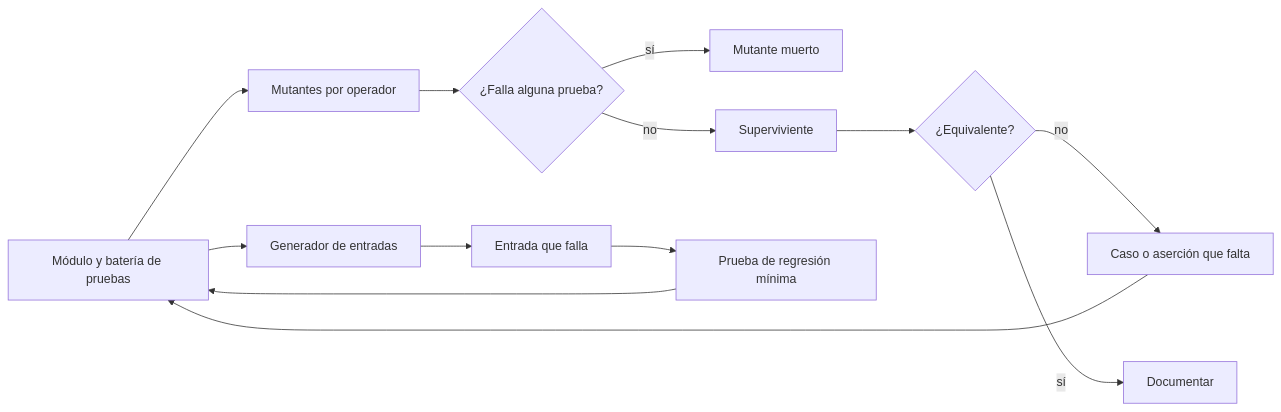
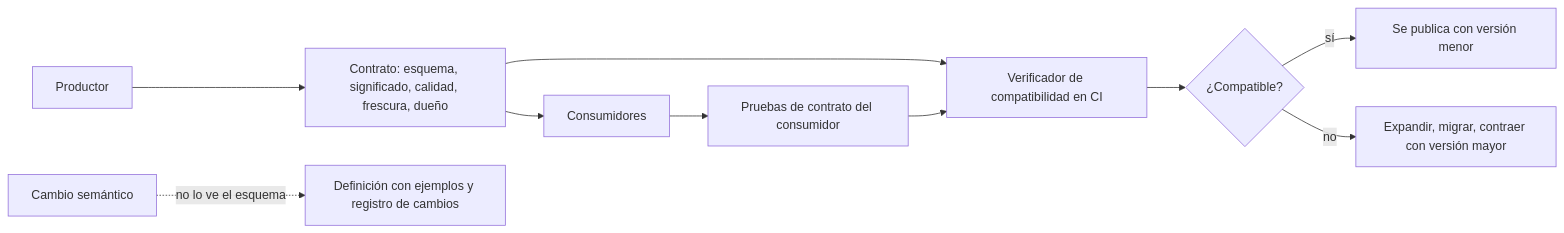
One commit to vladimiracunadev-create/modern-software-engineering-program changed the diagram in content/part-30/SE-366.md. Above: the diagram before and after it, drawn with Mermaid. The commit also changed other lines of this file and 5193 other files, not shown here.

````diff
--- a/content/part-30/SE-366.md
+++ b/content/part-30/SE-366.md
@@ -57,15 +55,12 @@
 ```mermaid
 flowchart LR
-    A[Módulo y batería de pruebas] --> B[Mutantes por operador]
-    B --> C{¿Falla alguna prueba?}
-    C -->|sí| D[Mutante muerto]
-    C -->|no| E[Superviviente]
-    E --> F{¿Equivalente?}
-    F -->|no| G[Caso o aserción que falta]
-    F -->|sí| H[Documentar]
-    A --> I[Generador de entradas]
-    I --> J[Entrada que falla]
-    J --> K[Prueba de regresión mínima]
-    G --> A
-    K --> A
+    A[Productor] --> B[Contrato: esquema, significado, calidad, frescura, dueño]
+    B --> C[Verificador de compatibilidad en CI]
+    C --> D{¿Compatible?}
+    D -->|sí| E[Se publica con versión menor]
+    D -->|no| F[Expandir, migrar, contraer con versión mayor]
+    B --> G[Consumidores]
+    G --> H[Pruebas de contrato del consumidor]
+    H --> C
+    I[Cambio semántico] -.no lo ve el esquema.-> J[Definición con ejemplos y registro de cambios]
 ```
````
